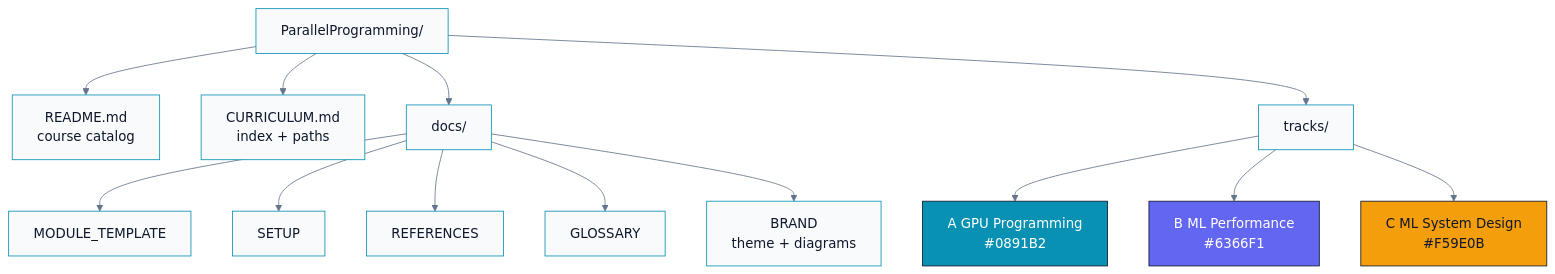
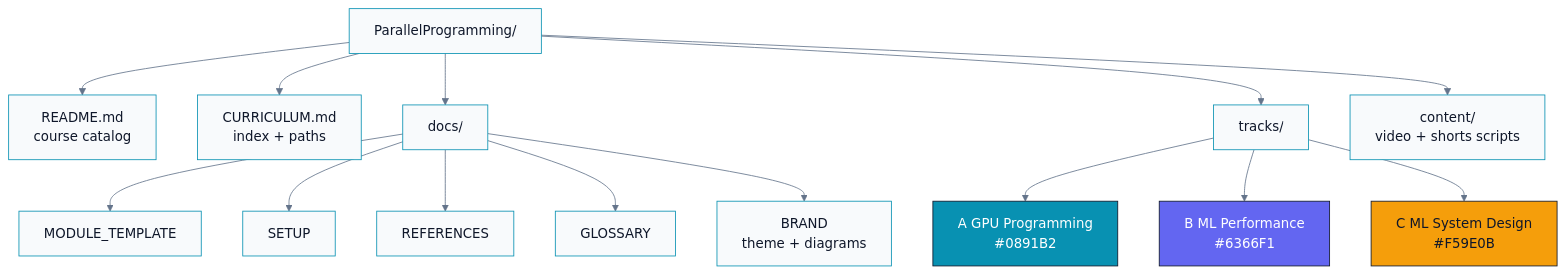
One commit to gahan9/ParallelProgramming changed the first of 3 diagrams in README.md. Above: the diagram before and after it, drawn with Mermaid. The commit also changed other lines of this file, not shown here.

````diff
--- a/README.md
+++ b/README.md
@@ -31,29 +31,30 @@
 ```mermaid
 %%{init: {'theme': 'base', 'themeVariables': {'primaryColor': '#F8FAFC', 'primaryBorderColor': '#0891B2', 'lineColor': '#64748B'}}}%%
 flowchart TB
   ROOT["ParallelProgramming/"]
 
   ROOT --> README["README.md<br/>course catalog"]
   ROOT --> CURR["CURRICULUM.md<br/>index + paths"]
   ROOT --> DOCS["docs/"]
   ROOT --> TRACKS["tracks/"]
+  ROOT --> CONTENT["content/<br/>video + shorts scripts"]
 
   DOCS --> MT["MODULE_TEMPLATE"]
   DOCS --> SETUP["SETUP"]
   DOCS --> REF["REFERENCES"]
   DOCS --> GLOSS["GLOSSARY"]
   DOCS --> BRAND["BRAND<br/>theme + diagrams"]
 
   TRACKS --> TA["A GPU Programming<br/>#0891B2"]
   TRACKS --> TB2["B ML Performance<br/>#6366F1"]
   TRACKS --> TC["C ML System Design<br/>#F59E0B"]
 
   classDef trackA fill:#0891B2,stroke:#0F172A,color:#fff
   classDef trackB fill:#6366F1,stroke:#0F172A,color:#fff
   classDef trackC fill:#F59E0B,stroke:#0F172A,color:#0F172A
   classDef neutral fill:#F8FAFC,stroke:#0891B2,color:#0F172A
   class TA trackA
   class TB2 trackB
   class TC trackC
-  class ROOT,README,CURR,DOCS,TRACKS,MT,SETUP,REF,GLOSS,BRAND neutral
+  class ROOT,README,CURR,DOCS,TRACKS,CONTENT,MT,SETUP,REF,GLOSS,BRAND neutral
 ```
````
